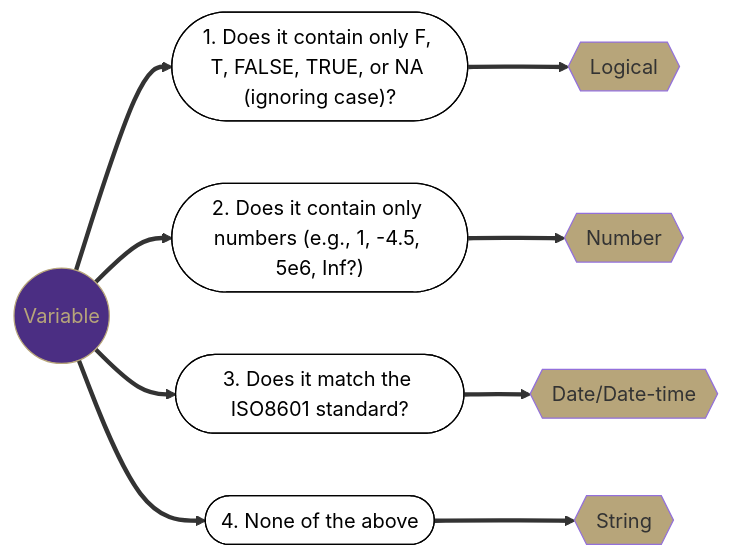
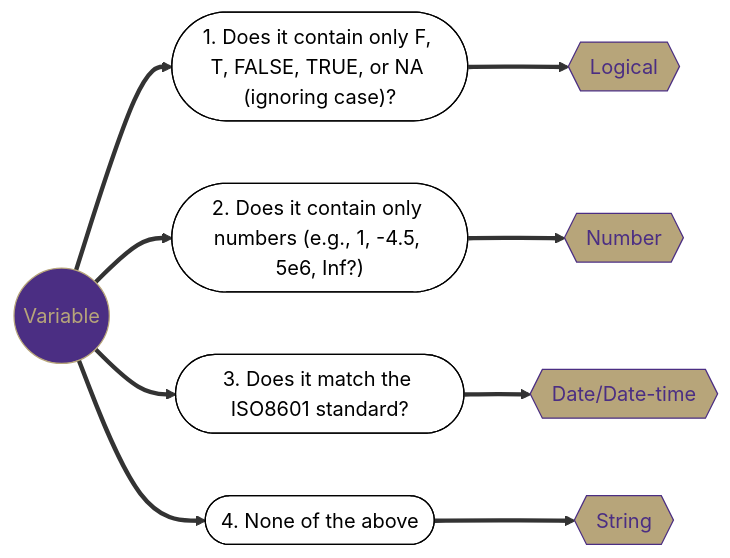
Before and after one commit to vsass/vsass.github.io: the first of 5 diagrams in workshops/data_wrangling_r.qmd, drawn with Mermaid. The commit also changed other lines of this file and 5 other files, not shown here.

````diff
--- a/workshops/data_wrangling_r.qmd
+++ b/workshops/data_wrangling_r.qmd
@@ -338,21 +344,21 @@
 ```{mermaid}
 %%| echo: false
 %%| fig-width: 11
 %%| fig-height: 5.5
 %%| fig-align: center
 flowchart LR
     id1((Variable))==>A(["1. Does it contain only F, T, FALSE, TRUE, or NA (ignoring case)?"])==>id2{{Logical}}
     id1((Variable))==>B(["2. Does it contain only numbers (e.g., 1, -4.5, 5e6, Inf?)"])==>id3{{Number}}
     id1((Variable))==>C(["3. Does it match the ISO8601 standard?"])==>id4{{Date/Date-time}}
     id1((Variable))==>D(["4. None of the above"])==>id5{{String}}
     style id1 fill:#4B2E83,color:#B7A57A,stroke:#B7A57A
-    style id2 fill:#B7A57A,color:##4B2E83,stroke:##4B2E83
-    style id3 fill:#B7A57A,color:##4B2E83,stroke:##4B2E83
-    style id4 fill:#B7A57A,color:##4B2E83,stroke:##4B2E83
-    style id5 fill:#B7A57A,color:##4B2E83,stroke:##4B2E83
+    style id2 fill:#B7A57A,color:#4B2E83,stroke:#4B2E83
+    style id3 fill:#B7A57A,color:#4B2E83,stroke:#4B2E83
+    style id4 fill:#B7A57A,color:#4B2E83,stroke:#4B2E83
+    style id5 fill:#B7A57A,color:#4B2E83,stroke:#4B2E83
     style A fill:#FFFFFF,color:#000000,stroke:#000000
     style B fill:#FFFFFF,color:#000000,stroke:#000000
     style C fill:#FFFFFF,color:#000000,stroke:#000000
     style D fill:#FFFFFF,color:#000000,stroke:#000000
 
 ```
````
